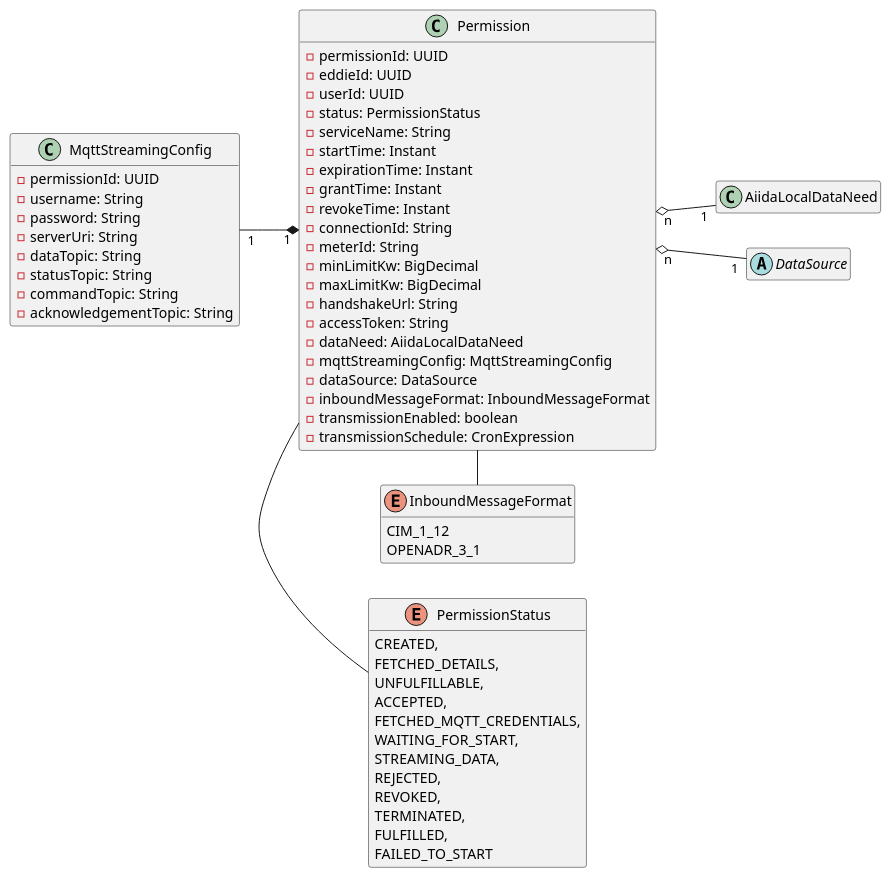
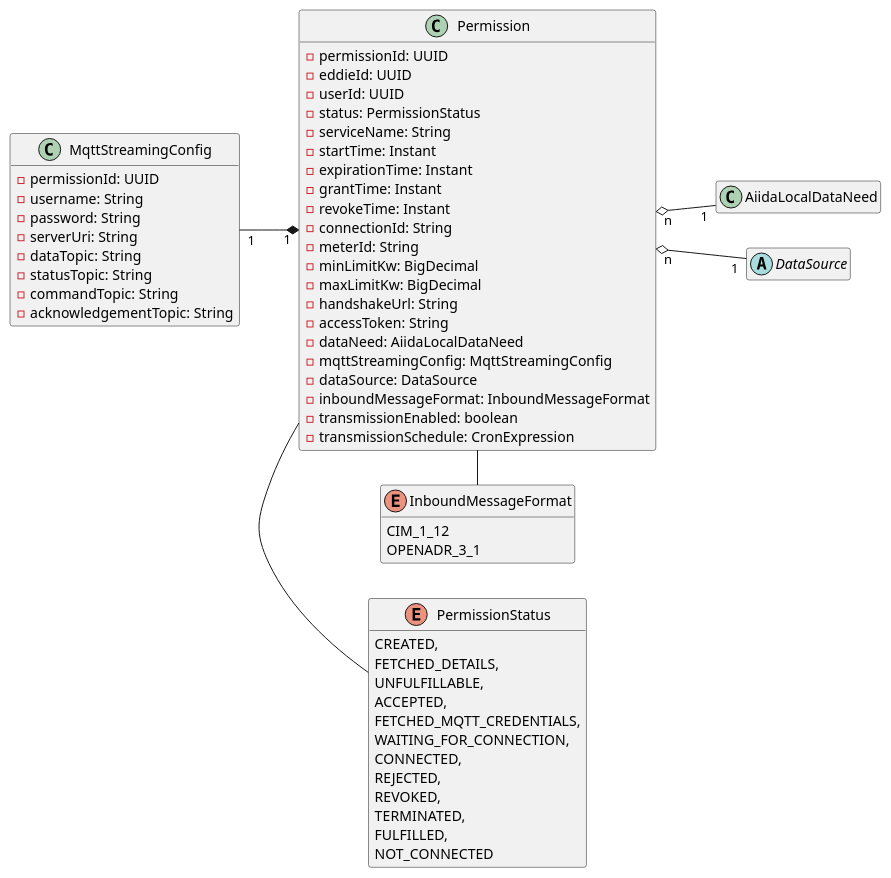
Before and after one commit to eddie-energy/eddie: the diagram in aiida/docs/diagrams/aiida-class-diagram-permission.puml, drawn with PlantUML. The commit also changed 15 other files, not shown here.

```diff
--- a/aiida/docs/diagrams/aiida-class-diagram-permission.puml
+++ b/aiida/docs/diagrams/aiida-class-diagram-permission.puml
@@ -4,73 +4,73 @@
 @startuml
 'https://plantuml.com/class-diagram
 
 hide empty members
 left to right direction
 
 class Permission {
     - permissionId: UUID
     - eddieId: UUID
     - userId: UUID
     - status: PermissionStatus
     - serviceName: String
     - startTime: Instant
     - expirationTime: Instant
     - grantTime: Instant
     - revokeTime: Instant
     - connectionId: String
     - meterId: String
     - minLimitKw: BigDecimal
     - maxLimitKw: BigDecimal
     - handshakeUrl: String
     - accessToken: String
     - dataNeed: AiidaLocalDataNeed
     - mqttStreamingConfig: MqttStreamingConfig
     - dataSource: DataSource
     - inboundMessageFormat: InboundMessageFormat
     - transmissionEnabled: boolean
     - transmissionSchedule: CronExpression
 }
 
 class AiidaLocalDataNeed {
 }
 
 abstract class DataSource {}
 
 class MqttStreamingConfig {
     - permissionId: UUID
     - username: String
     - password: String
     - serverUri: String
     - dataTopic: String
     - statusTopic: String
     - commandTopic: String
     - acknowledgementTopic: String
 }
 
 enum PermissionStatus {
     CREATED,
     FETCHED_DETAILS,
     UNFULFILLABLE,
     ACCEPTED,
     FETCHED_MQTT_CREDENTIALS,
-    WAITING_FOR_START,
-    STREAMING_DATA,
+    WAITING_FOR_CONNECTION,
+    CONNECTED,
     REJECTED,
     REVOKED,
     TERMINATED,
     FULFILLED,
-    FAILED_TO_START
+    NOT_CONNECTED
 }
 
 enum InboundMessageFormat {
     CIM_1_12
     OPENADR_3_1
 }
 
 Permission "n" o-- "1" AiidaLocalDataNeed
 Permission - PermissionStatus
 Permission - InboundMessageFormat
 Permission "1" *-up- "1" MqttStreamingConfig
 Permission "n" o-- "1" DataSource
 
 @enduml
```
